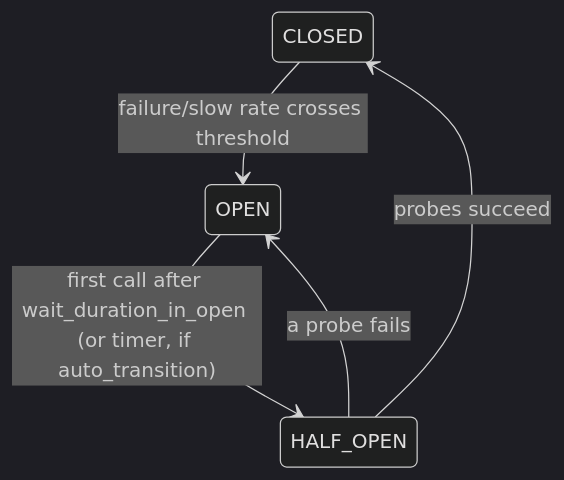
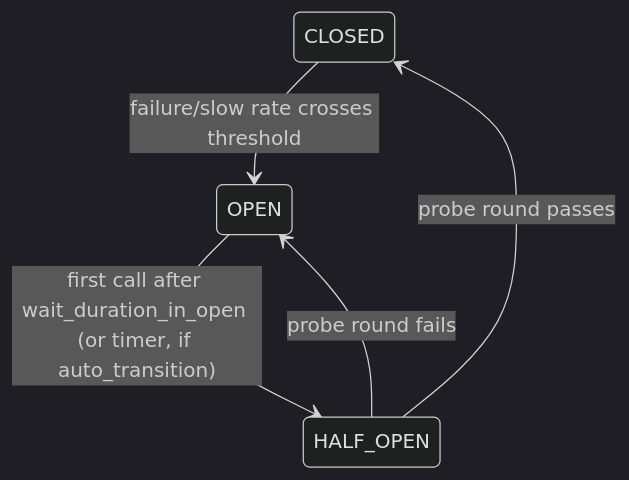
Before and after one commit to bagowix/interlock: the diagram in docs/guides/states.md, drawn with Mermaid (dark theme). The commit also changed other lines of this file and 18 other files, not shown here.

````diff
--- a/docs/guides/states.md
+++ b/docs/guides/states.md
@@ -7,7 +7,7 @@
 ```mermaid
 stateDiagram-v2
     CLOSED --> OPEN: failure/slow rate crosses threshold
     OPEN --> HALF_OPEN: first call after wait_duration_in_open (or timer, if auto_transition)
-    HALF_OPEN --> CLOSED: probes succeed
-    HALF_OPEN --> OPEN: a probe fails
+    HALF_OPEN --> CLOSED: probe round passes
+    HALF_OPEN --> OPEN: probe round fails
 ```
````
